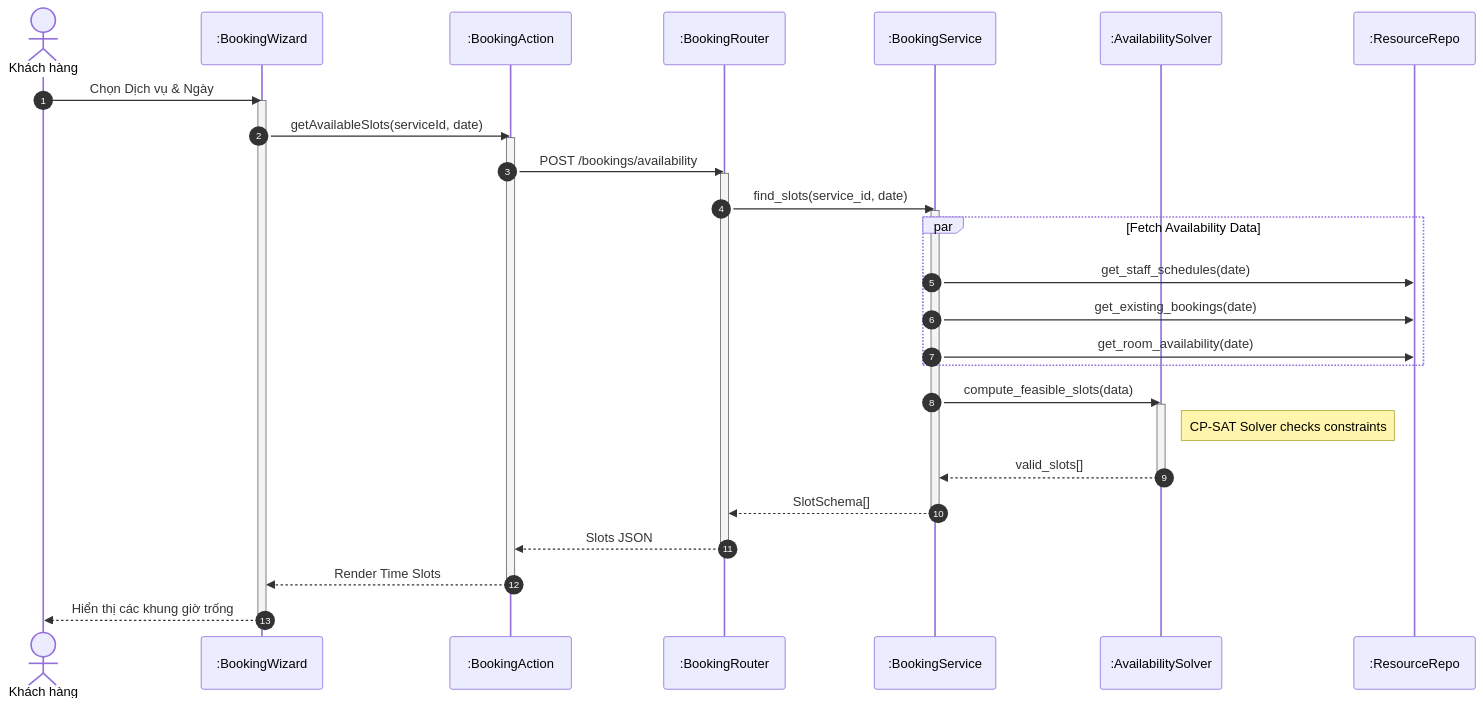
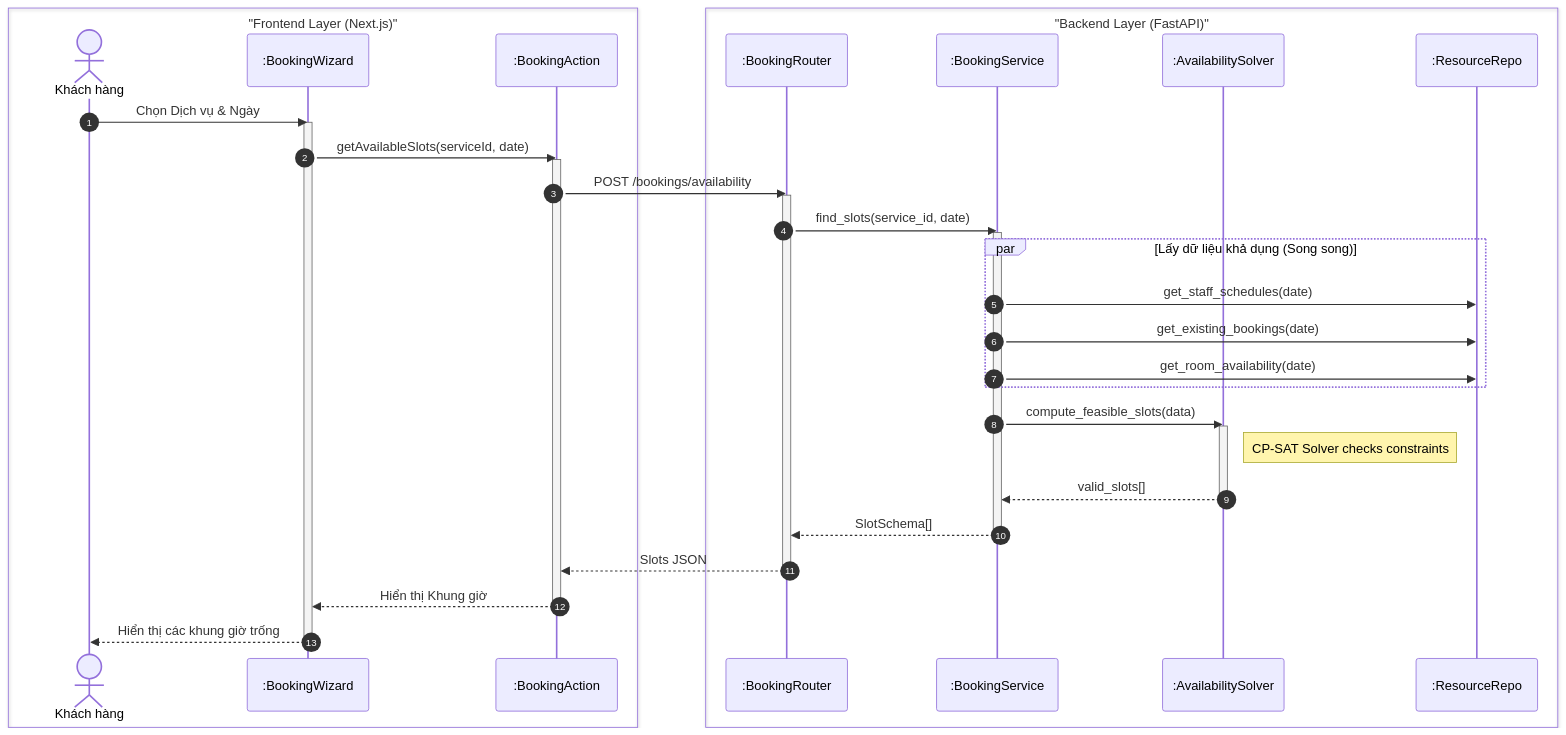
One commit to ngoctinn/Synapse changed the third of 8 diagrams in docs/design/sequences/customer_flows.md. Above: the diagram before and after it, drawn with Mermaid. The commit also changed other lines of this file and 4 other files, not shown here.

Commit message:
docs: Add initial sequence diagrams for authentication, customer, technician, receptionist, and admin flows.

````diff
--- a/docs/design/sequences/customer_flows.md
+++ b/docs/design/sequences/customer_flows.md
@@ -112,46 +122,51 @@
 ```mermaid
 sequenceDiagram
     autonumber
-    actor KH as Khách hàng
-    participant UI as :BookingWizard
-    participant BFF as :BookingAction
-    participant API as :BookingRouter
-    participant S as :BookingService
-    participant SOLVER as :AvailabilitySolver
-    participant DB as :ResourceRepo
+    box "Frontend Layer (Next.js)"
+        actor KH as Khách hàng
+        participant UI as :BookingWizard
+        participant BFF as :BookingAction
+    end
+
+    box "Backend Layer (FastAPI)"
+        participant API as :BookingRouter
+        participant S as :BookingService
+        participant SOLVER as :AvailabilitySolver
+        participant DB as :ResourceRepo
+    end
 
     KH->>UI: Chọn Dịch vụ & Ngày
     activate UI
     UI->>BFF: getAvailableSlots(serviceId, date)
     activate BFF
 
     BFF->>API: POST /bookings/availability
     activate API
 
     API->>S: find_slots(service_id, date)
     activate S
 
-    par Fetch Availability Data
+    par Lấy dữ liệu khả dụng (Song song)
         S->>DB: get_staff_schedules(date)
         S->>DB: get_existing_bookings(date)
         S->>DB: get_room_availability(date)
     end
 
     S->>SOLVER: compute_feasible_slots(data)
     activate SOLVER
     note right of SOLVER: CP-SAT Solver checks constraints
     SOLVER-->>S: valid_slots[]
     deactivate SOLVER
 
     S-->>API: SlotSchema[]
     deactivate S
 
     API-->>BFF: Slots JSON
     deactivate API
 
-    BFF-->>UI: Render Time Slots
+    BFF-->>UI: Hiển thị Khung giờ
     deactivate BFF
 
     UI-->>KH: Hiển thị các khung giờ trống
     deactivate UI
 ```
````
